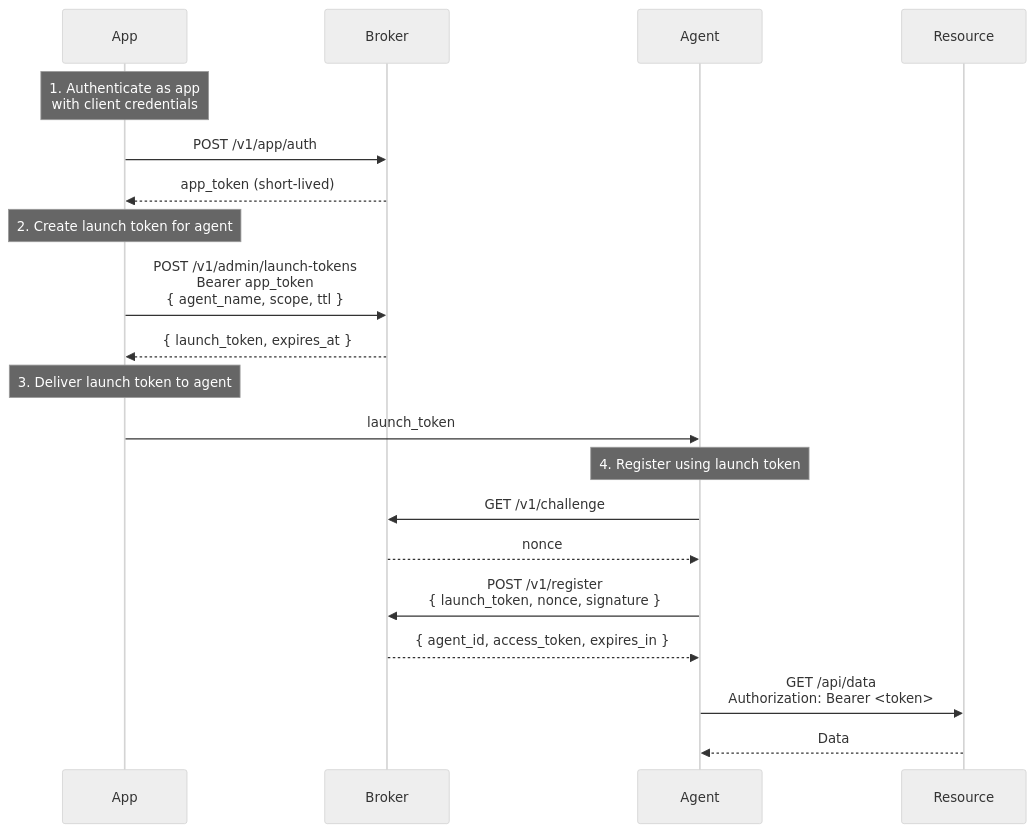
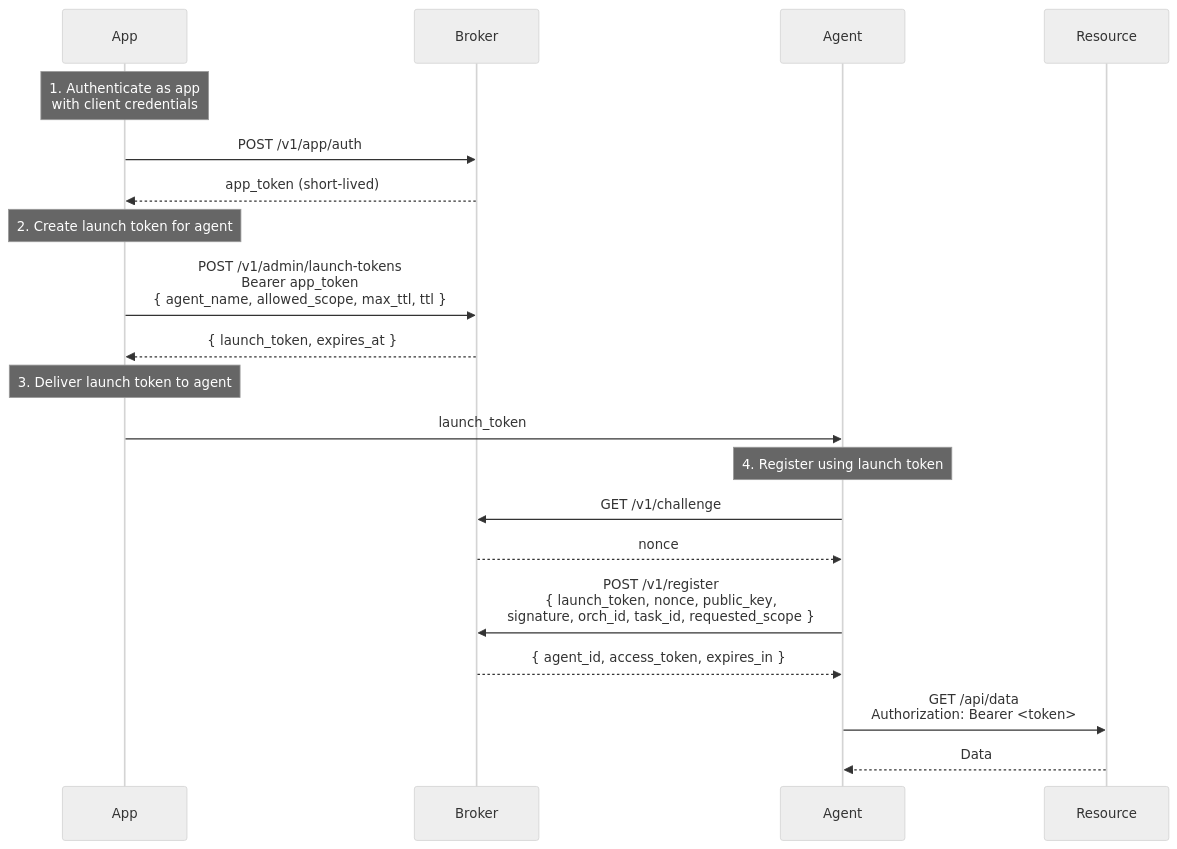
One commit to devonartis/agentwrit changed the sixth of 6 diagrams in docs/integration-patterns.md. Above: the diagram before and after it, drawn with Mermaid (neutral theme). The commit also changed other lines of this file and 9 other files, not shown here.

First line of the commit message:
docs: align public docs with broker contract

````diff
--- a/docs/integration-patterns.md
+++ b/docs/integration-patterns.md
@@ -1640,33 +1643,33 @@
 ```mermaid
 sequenceDiagram
     participant App
     participant Broker
     participant Agent
     participant Resource
 
     Note over App: 1. Authenticate as app<br/>with client credentials
 
     App->>Broker: POST /v1/app/auth
     Broker-->>App: app_token (short-lived)
 
     Note over App: 2. Create launch token for agent
 
-    App->>Broker: POST /v1/admin/launch-tokens<br/>Bearer app_token<br/>{ agent_name, scope, ttl }
+    App->>Broker: POST /v1/admin/launch-tokens<br/>Bearer app_token<br/>{ agent_name, allowed_scope, max_ttl, ttl }
 
     Broker-->>App: { launch_token, expires_at }
 
     Note over App: 3. Deliver launch token to agent
 
     App->>Agent: launch_token
 
     Note over Agent: 4. Register using launch token
 
     Agent->>Broker: GET /v1/challenge
     Broker-->>Agent: nonce
 
-    Agent->>Broker: POST /v1/register<br/>{ launch_token, nonce, signature }
+    Agent->>Broker: POST /v1/register<br/>{ launch_token, nonce, public_key,<br/>signature, orch_id, task_id, requested_scope }
     Broker-->>Agent: { agent_id, access_token, expires_in }
 
     Agent->>Resource: GET /api/data<br/>Authorization: Bearer <token>
     Resource-->>Agent: Data
 ```
````
